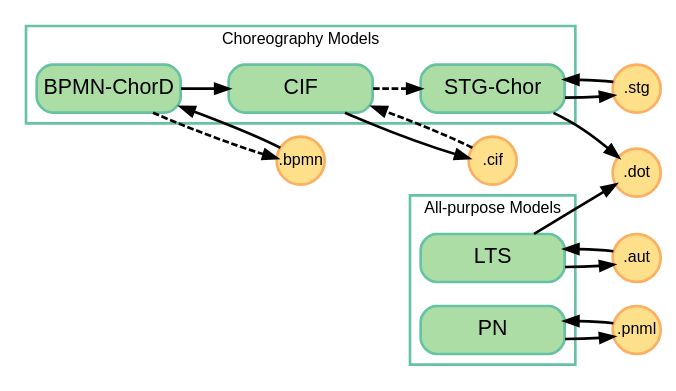
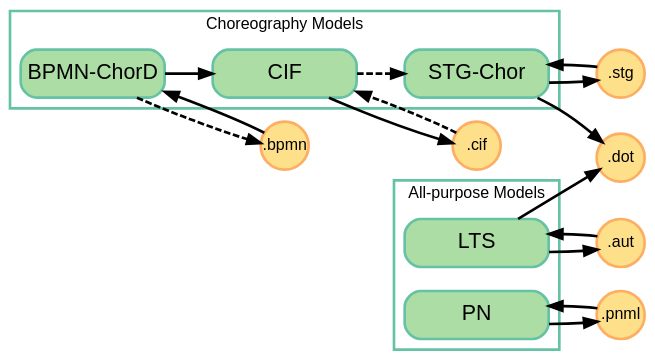
One commit to pascalpoizat/fmt changed the diagram in files/overview.dot. Above: the diagram before and after it, drawn with Graphviz. The commit also changed 1 other file, not shown here.

Commit message:
made an overview with transparent background

```diff
--- a/files/overview.dot
+++ b/files/overview.dot
@@ -1,58 +1,59 @@
 digraph overview {
 rankdir=LR;
 fontname="Arial";
 fontsize="12";
+bgcolor="transparent";
 concentrate=true;
 edge [style=bold, color=black];
 
 subgraph no_cluster_models {
 color = "/spectral10/8";
 style = "bold";
 node  [style="filled,bold,rounded", shape=box, fixedsize=true, width=1.5, fontname="Arial", fontsize="16", color="/spectral10/8", fillcolor="/spectral10/7"];
 
 subgraph cluster_choreography_models {
 label = "Choreography Models";
 bpmnchord [label="BPMN-ChorD"];
 cif [label="CIF"];
 stgchor [label="STG-Chor"];
 }
 
 subgraph cluster_allpurpose_models {
 label = "All-purpose Models";
 lts [label="LTS"];
 pn [label="PN"];
 }
 
 }
 
 subgraph no_cluster_files {
 label = "Files";
 color = "/spectral10/4";
 style = "bold";
 node  [style="filled,bold", shape=circle, fixedsize=true, width=0.5, fontname="Arial", fontsize="12", color="/spectral10/4", fillcolor="/spectral10/5"];
 
 file_bpmn [label=".bpmn"];
 file_cif [label=".cif"];
 file_aut [label=".aut"];
 file_dot [label=".dot"];
 file_pnml [label=".pnml"];
 file_stg [label=".stg"];
 }
 
 bpmnchord->cif;
 file_cif->cif [style="dashed,bold", color=black];
 bpmnchord->file_bpmn [style="dashed,bold", color=black];
 cif->stgchor [style="dashed,bold", color=black];
 
 cif->file_cif;
 file_bpmn->bpmnchord;
 lts->file_aut;
 file_aut->lts;
 lts->file_dot;
 pn->file_pnml;
 file_pnml->pn;
 stgchor->file_dot;
 file_stg->stgchor;
 stgchor->file_stg;
 
 }
```
